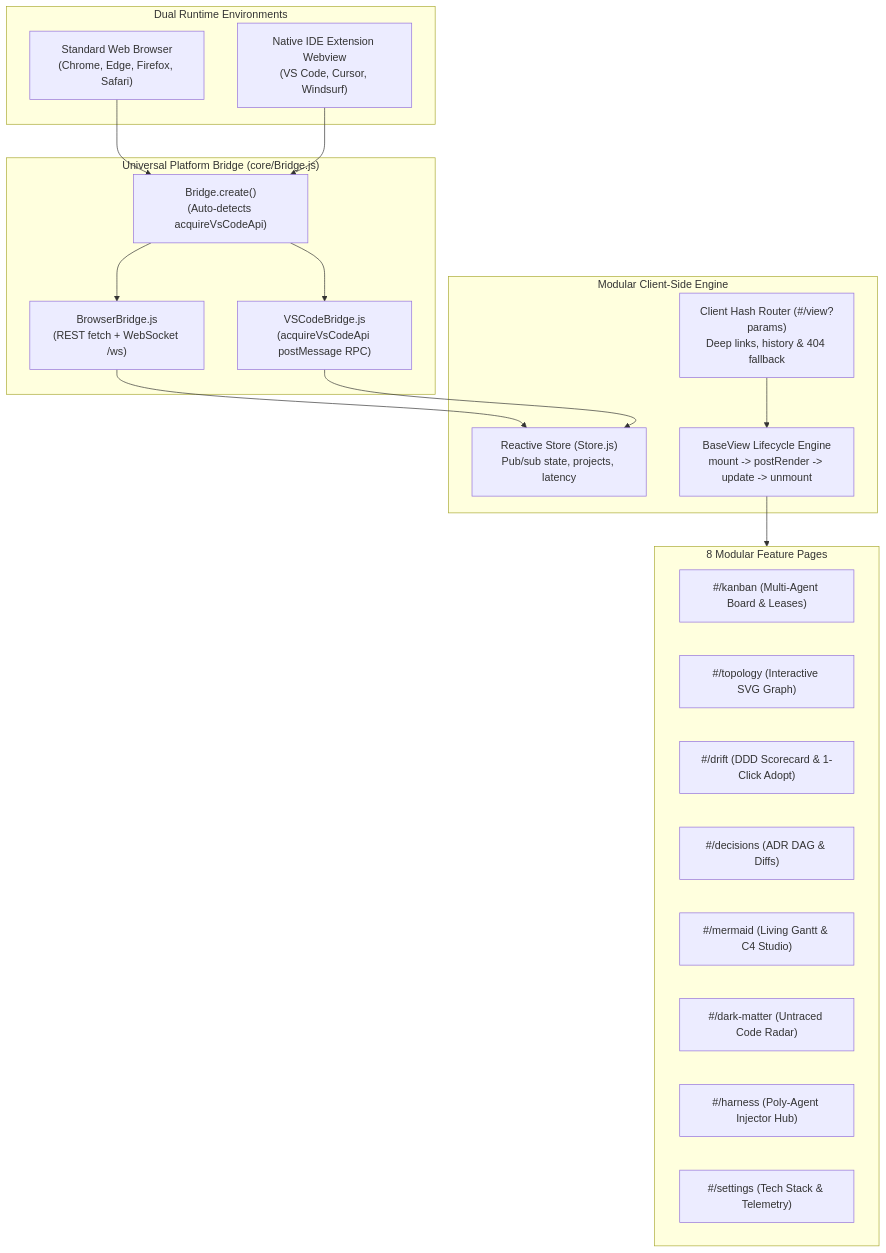
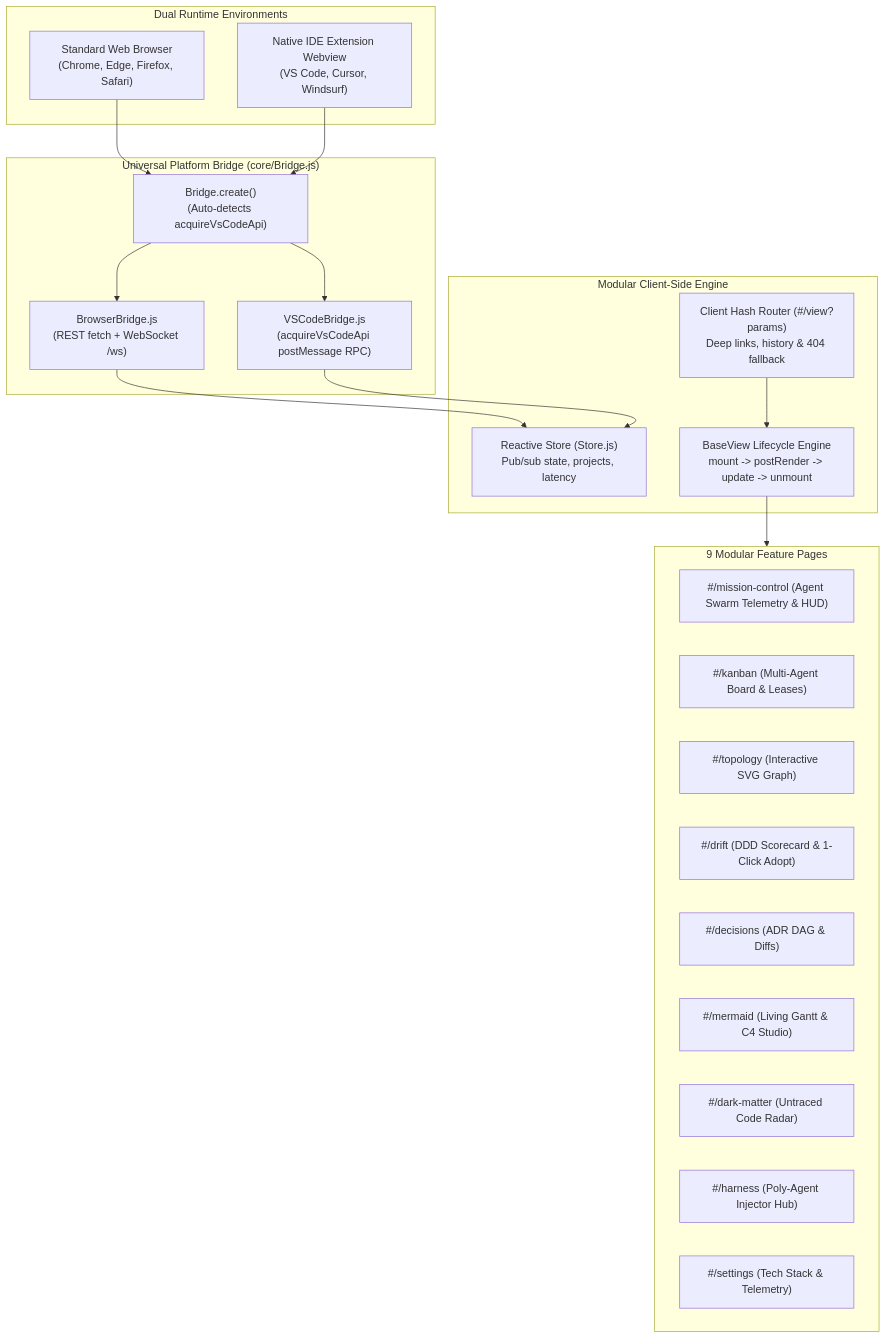
The diagram in skyhook/docs/DASHBOARD_AND_IDE.md (asadayoub/skyhook), drawn with Mermaid before and after one commit. The commit also changed other lines of this file and 40 other files, not shown here.

````diff
--- a/skyhook/docs/DASHBOARD_AND_IDE.md
+++ b/skyhook/docs/DASHBOARD_AND_IDE.md
@@ -9,41 +9,42 @@
 ```mermaid
 flowchart TD
     subgraph Environments["Dual Runtime Environments"]
         Browser["Standard Web Browser<br/>(Chrome, Edge, Firefox, Safari)"]
         IDE["Native IDE Extension Webview<br/>(VS Code, Cursor, Windsurf)"]
     end
 
     subgraph BridgeFactory["Universal Platform Bridge (core/Bridge.js)"]
         Detect["Bridge.create()<br/>(Auto-detects acquireVsCodeApi)"]
         BrowserBridge["BrowserBridge.js<br/>(REST fetch + WebSocket /ws)"]
         VSCodeBridge["VSCodeBridge.js<br/>(acquireVsCodeApi postMessage RPC)"]
     end
 
     subgraph ApplicationEngine["Modular Client-Side Engine"]
         Router["Client Hash Router (#/view?params)<br/>Deep links, history & 404 fallback"]
         Store["Reactive Store (Store.js)<br/>Pub/sub state, projects, latency"]
         BaseView["BaseView Lifecycle Engine<br/>mount -> postRender -> update -> unmount"]
     end
 
-    subgraph Views["8 Modular Feature Pages"]
+    subgraph Views["9 Modular Feature Pages"]
+        MissionControl["#/mission-control (Agent Swarm Telemetry & HUD)"]
         Kanban["#/kanban (Multi-Agent Board & Leases)"]
         Topology["#/topology (Interactive SVG Graph)"]
         Drift["#/drift (DDD Scorecard & 1-Click Adopt)"]
         Decisions["#/decisions (ADR DAG & Diffs)"]
         Mermaid["#/mermaid (Living Gantt & C4 Studio)"]
         DarkMatter["#/dark-matter (Untraced Code Radar)"]
         Harness["#/harness (Poly-Agent Injector Hub)"]
         Settings["#/settings (Tech Stack & Telemetry)"]
     end
 
     Browser --> Detect
     IDE --> Detect
     Detect --> BrowserBridge
     Detect --> VSCodeBridge
 
     BrowserBridge --> Store
     VSCodeBridge --> Store
 
     Router --> BaseView
     BaseView --> Views
 ```
````
